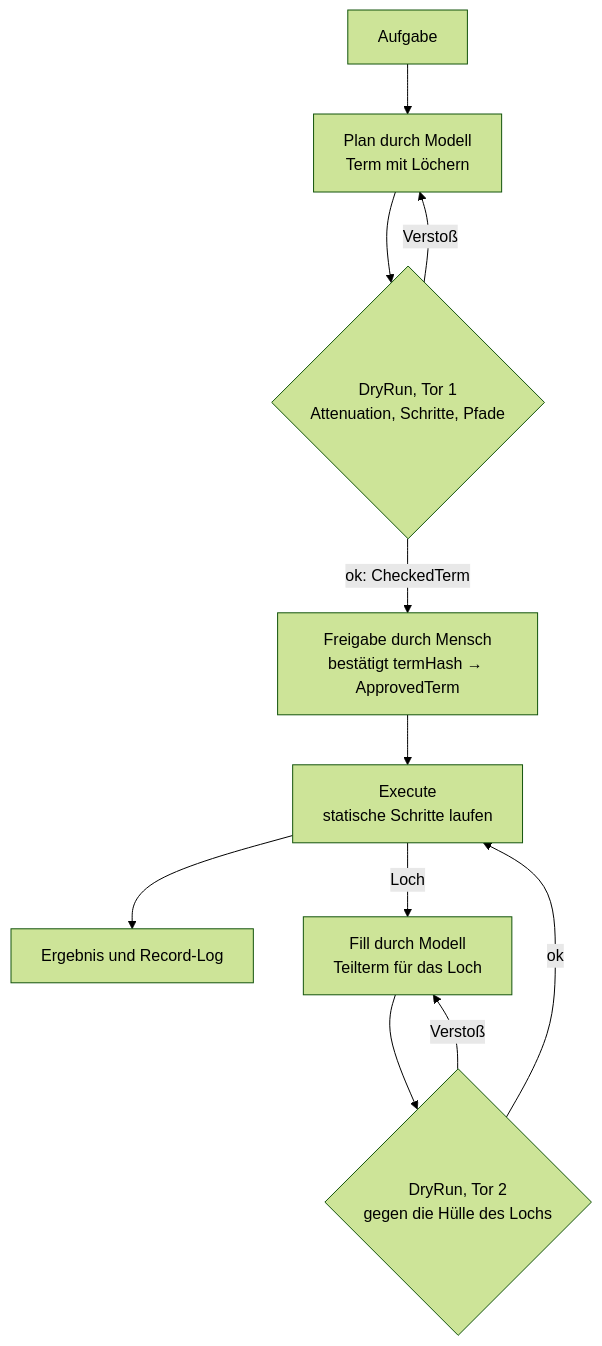
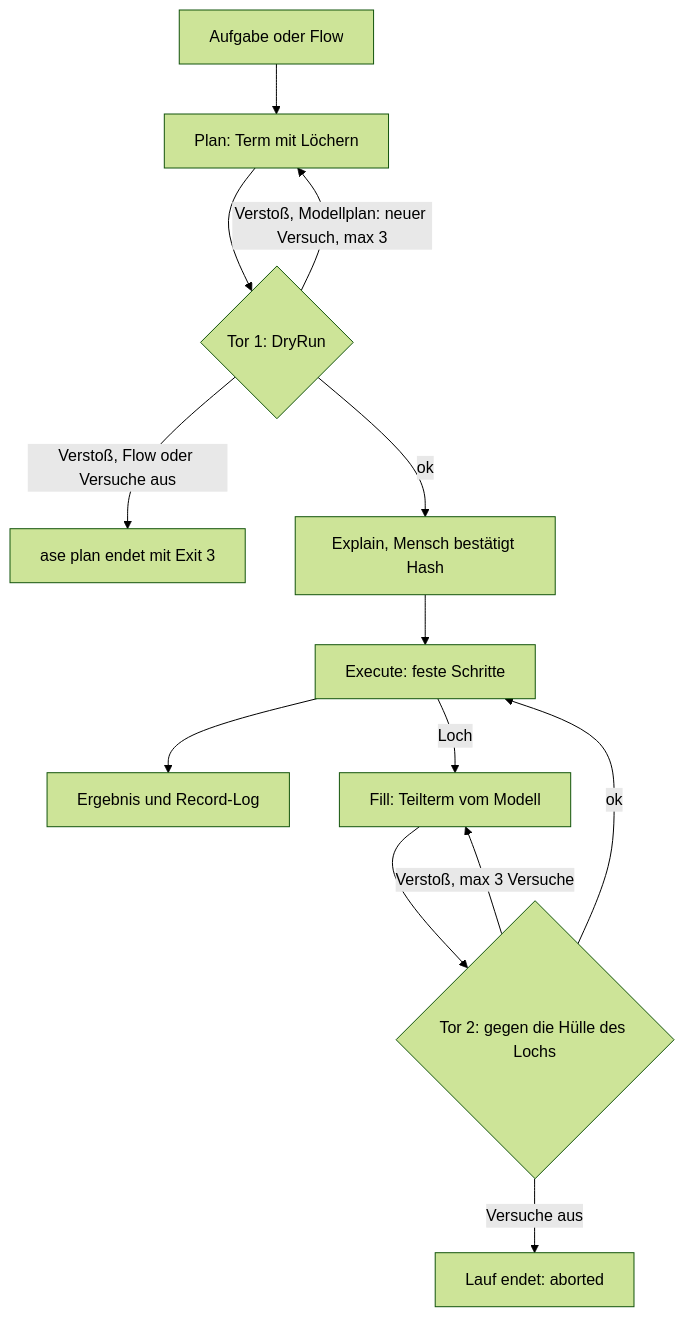
The diagram in README.md (schneist/agentic-step-engine), drawn with Mermaid (forest theme) before and after one commit. The commit also changed other lines of this file, not shown here.

````diff
--- a/README.md
+++ b/README.md
@@ -15,13 +20,15 @@
 ```mermaid
 flowchart TD
-    A[Aufgabe] --> B[Plan durch Modell<br/>Term mit Löchern]
-    B --> C{DryRun, Tor 1<br/>Attenuation, Schritte, Pfade}
-    C -- Verstoß --> B
-    C -- ok: CheckedTerm --> D[Freigabe durch Mensch<br/>bestätigt termHash → ApprovedTerm]
-    D --> E[Execute<br/>statische Schritte laufen]
+    A[Aufgabe oder Flow] --> B[Plan: Term mit Löchern]
+    B --> C{Tor 1: DryRun}
+    C -- Verstoß, Modellplan: neuer Versuch, max 3 --> B
+    C -- Verstoß, Flow oder Versuche aus --> X[ase plan endet mit Exit 3]
+    C -- ok --> D[Explain, Mensch bestätigt Hash]
+    D --> E[Execute: feste Schritte]
     E --> F[Ergebnis und Record-Log]
-    E -- Loch --> G[Fill durch Modell<br/>Teilterm für das Loch]
-    G --> H{DryRun, Tor 2<br/>gegen die Hülle des Lochs}
-    H -- Verstoß --> G
+    E -- Loch --> G[Fill: Teilterm vom Modell]
+    G --> H{Tor 2: gegen die Hülle des Lochs}
+    H -- Verstoß, max 3 Versuche --> G
+    H -- Versuche aus --> Y[Lauf endet: aborted]
     H -- ok --> E
 ```
````
